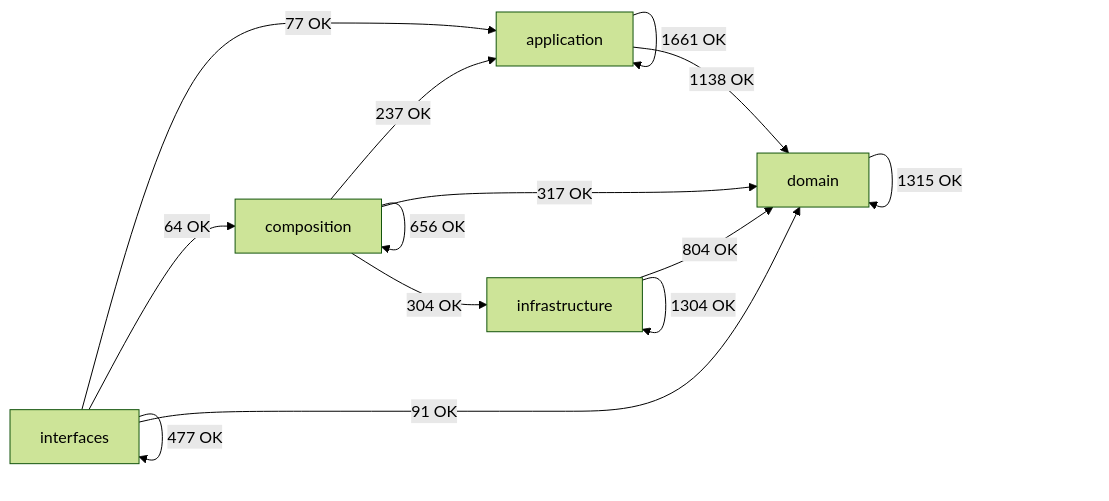
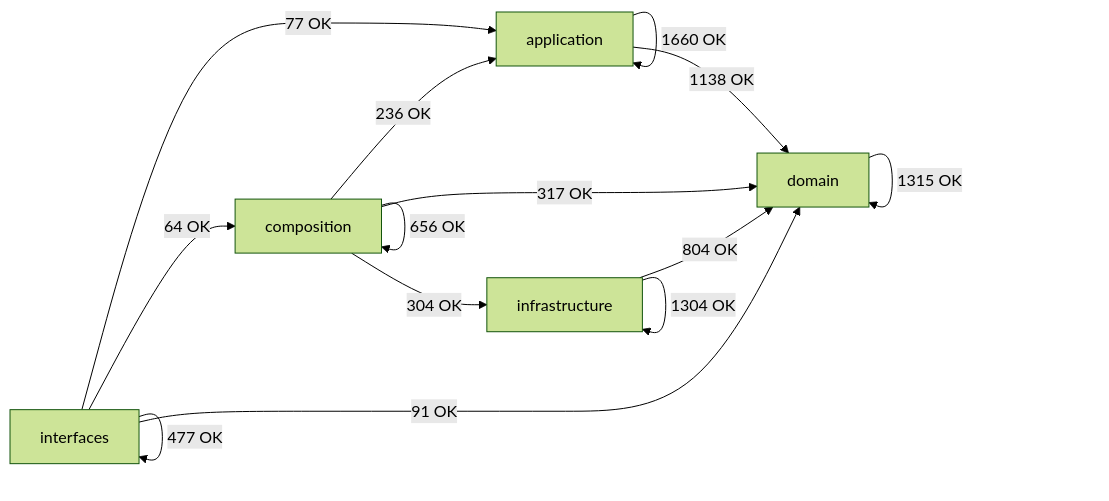
One commit to SatoryKono/BioactivityDataAcquisition changed the diagram in docs/02-architecture/generated/module-dependency-map.md. Above: the diagram before and after it, drawn with Mermaid (forest theme). The commit also changed other lines of this file and 3 other files, not shown here.

````diff
--- a/docs/02-architecture/generated/module-dependency-map.md
+++ b/docs/02-architecture/generated/module-dependency-map.md
@@ -17,21 +17,21 @@
 ```mermaid
 flowchart LR
     domain[domain]
     application[application]
     infrastructure[infrastructure]
     composition[composition]
     interfaces[interfaces]
-    application -->|1661 OK| application
+    application -->|1660 OK| application
     application -->|1138 OK| domain
-    composition -->|237 OK| application
+    composition -->|236 OK| application
     composition -->|656 OK| composition
     composition -->|317 OK| domain
     composition -->|304 OK| infrastructure
     domain -->|1315 OK| domain
     infrastructure -->|804 OK| domain
     infrastructure -->|1304 OK| infrastructure
     interfaces -->|77 OK| application
     interfaces -->|64 OK| composition
     interfaces -->|91 OK| domain
     interfaces -->|477 OK| interfaces
 ```
````
